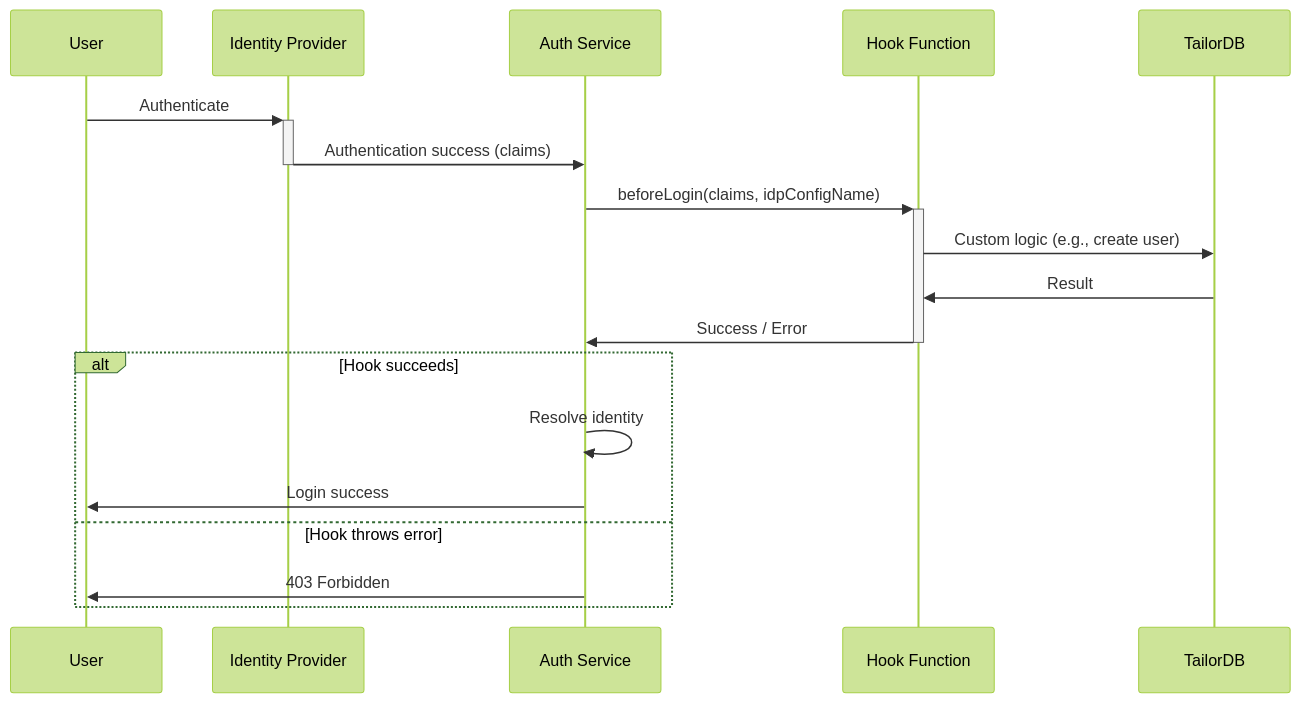
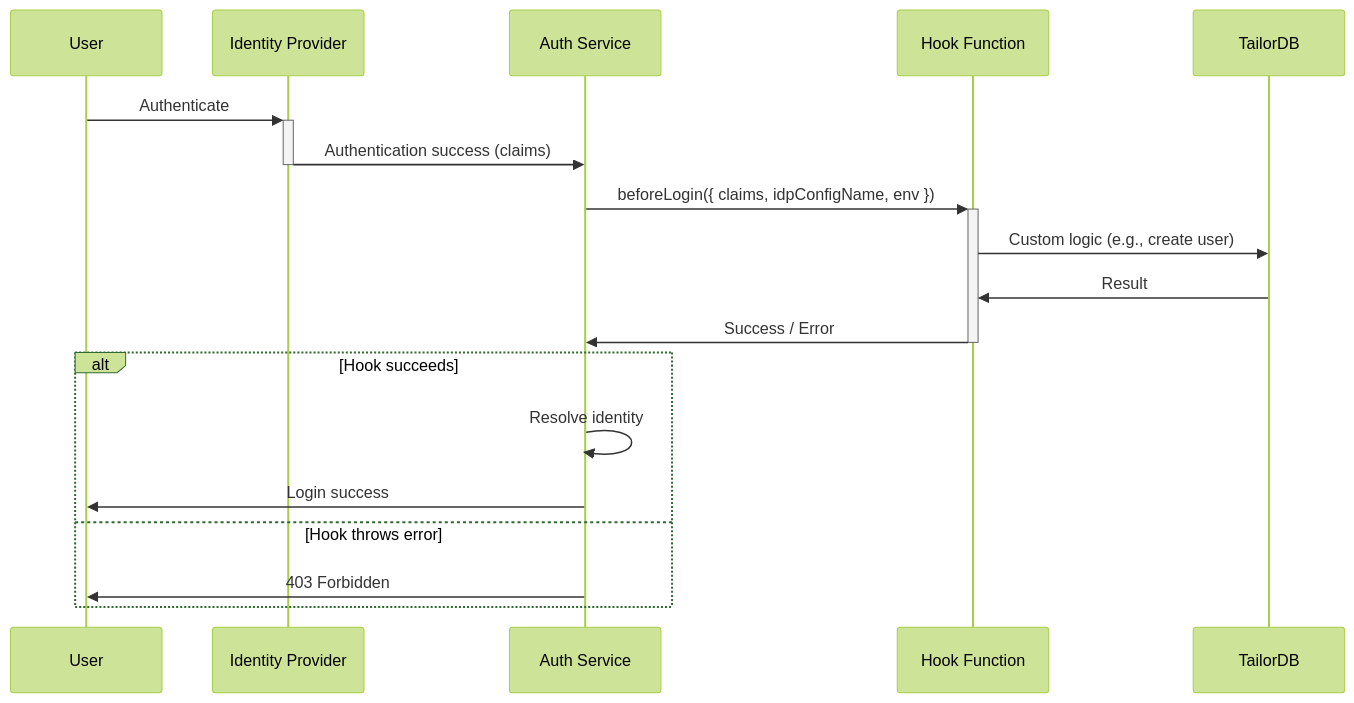
One commit to tailor-platform/docs changed the diagram in docs/guides/auth/hook.md. Above: the diagram before and after it, drawn with Mermaid (forest theme). The commit also changed other lines of this file and 1 other file, not shown here.

First line of the commit message:
docs(auth): document federated_identity claims in beforeLogin hook (#138)

````diff
--- a/docs/guides/auth/hook.md
+++ b/docs/guides/auth/hook.md
@@ -24,21 +24,21 @@
 ```mermaid
 sequenceDiagram
   participant User
   participant IdP as Identity Provider
   participant Auth as Auth Service
   participant Hook as Hook Function
   participant DB as TailorDB
 
   User->>+IdP: Authenticate
   IdP->>-Auth: Authentication success (claims)
-  Auth->>+Hook: beforeLogin(claims, idpConfigName)
+  Auth->>+Hook: beforeLogin({ claims, idpConfigName, env })
   Hook->>DB: Custom logic (e.g., create user)
   DB->>Hook: Result
   Hook->>-Auth: Success / Error
   alt Hook succeeds
     Auth->>Auth: Resolve identity
     Auth->>User: Login success
   else Hook throws error
     Auth->>User: 403 Forbidden
   end
 ```
````
